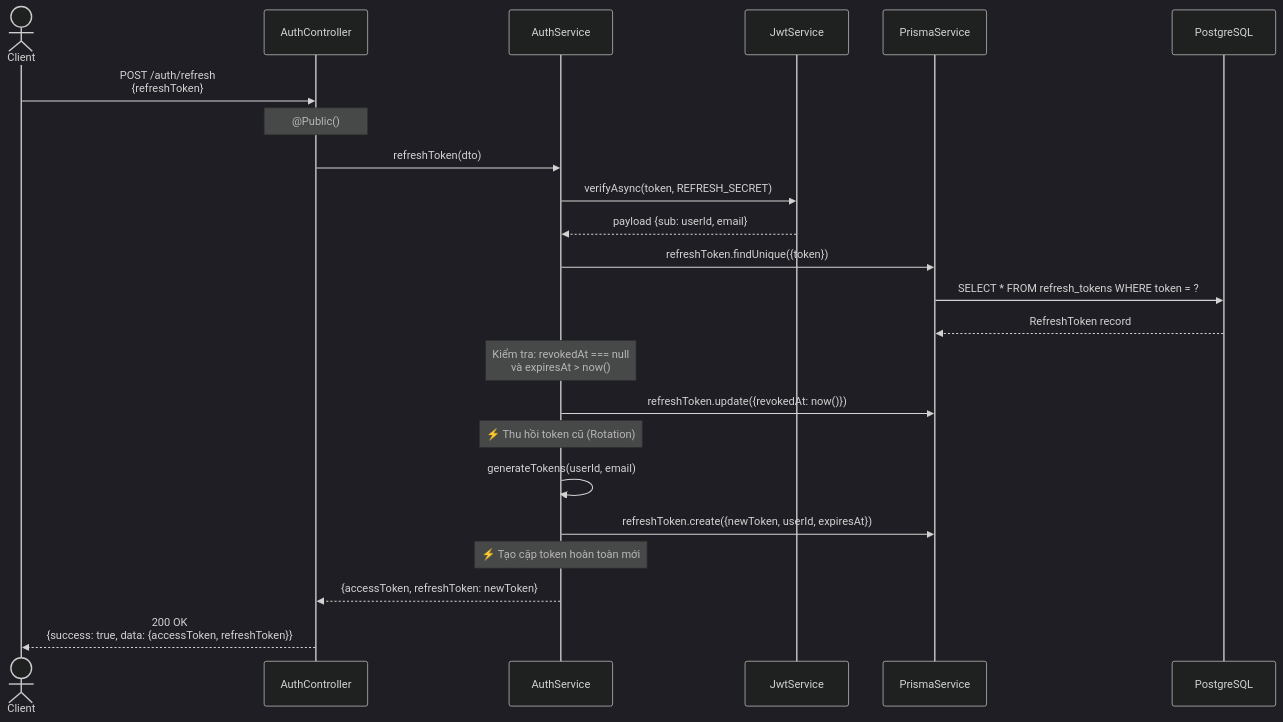
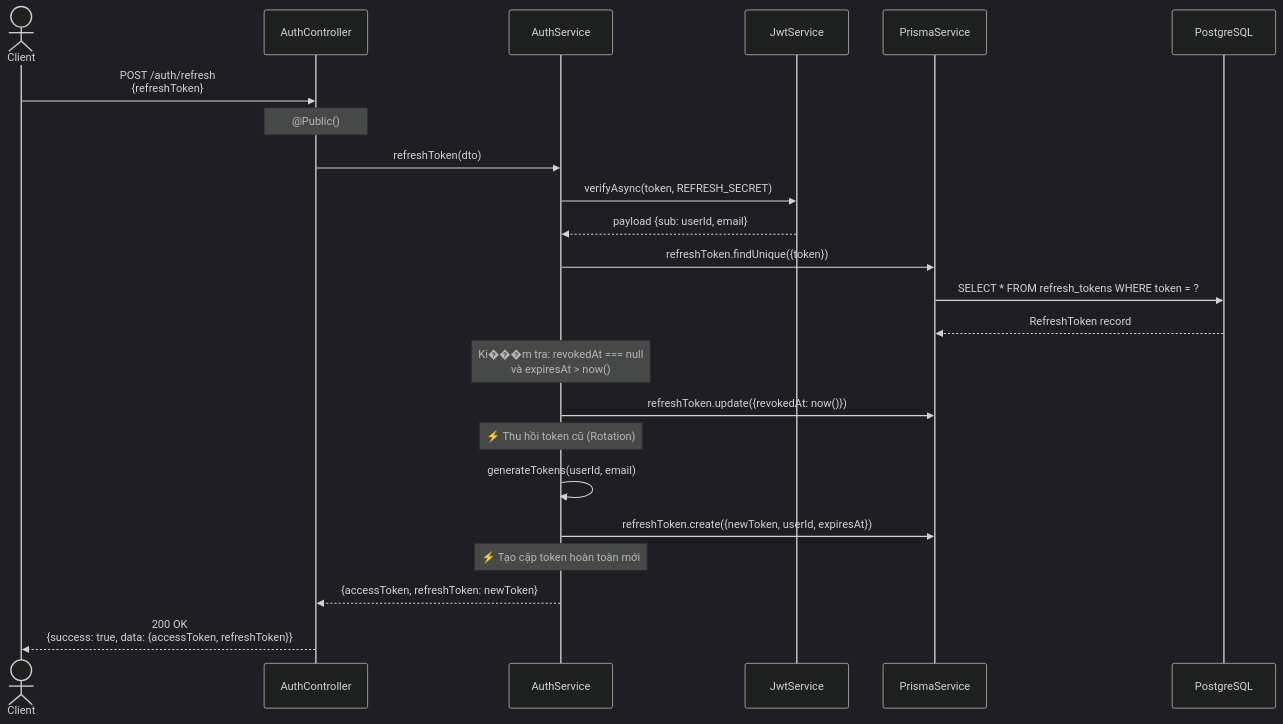
Before and after one commit to Ttuandatt/Todolist-CCNLTHD: the eighth of 18 diagrams in docs/chapters/09-system-analysis-design-chapter.md, drawn with Mermaid (dark theme). The commit also changed other lines of this file and 2 other files, not shown here.

````diff
--- a/docs/chapters/09-system-analysis-design-chapter.md
+++ b/docs/chapters/09-system-analysis-design-chapter.md
@@ -927,31 +1147,31 @@
 ```mermaid
 sequenceDiagram
     actor Client
     participant Controller as AuthController
     participant Service as AuthService
     participant JWT as JwtService
     participant Prisma as PrismaService
     participant DB as PostgreSQL
 
     Client->>Controller: POST /auth/refresh<br/>{refreshToken}
     Note over Controller: @Public()
     Controller->>Service: refreshToken(dto)
 
     Service->>JWT: verifyAsync(token, REFRESH_SECRET)
     JWT-->>Service: payload {sub: userId, email}
 
     Service->>Prisma: refreshToken.findUnique({token})
     Prisma->>DB: SELECT * FROM refresh_tokens WHERE token = ?
     DB-->>Prisma: RefreshToken record
-    Note over Service: Kiểm tra: revokedAt === null<br/>và expiresAt > now()
+    Note over Service: Ki���m tra: revokedAt === null<br/>và expiresAt > now()
 
     Service->>Prisma: refreshToken.update({revokedAt: now()})
     Note over Service: ⚡ Thu hồi token cũ (Rotation)
 
     Service->>Service: generateTokens(userId, email)
     Service->>Prisma: refreshToken.create({newToken, userId, expiresAt})
     Note over Service: ⚡ Tạo cặp token hoàn toàn mới
 
     Service-->>Controller: {accessToken, refreshToken: newToken}
     Controller-->>Client: 200 OK<br/>{success: true, data: {accessToken, refreshToken}}
 ```
````
